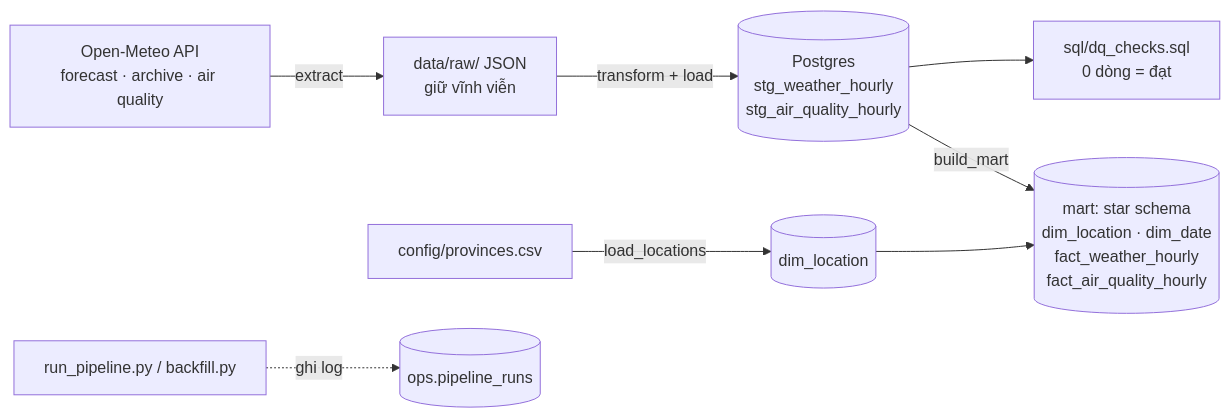
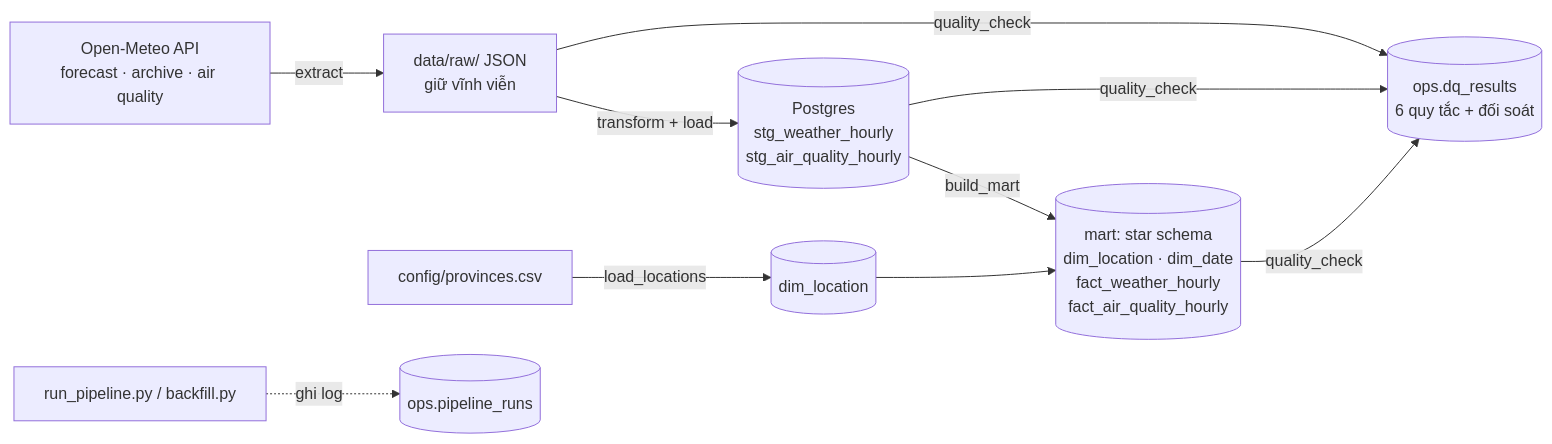
One commit to DucThuanTran/vietsky changed the diagram in README.md. Above: the diagram before and after it, drawn with Mermaid. The commit also changed other lines of this file and 5 other files, not shown here.

Commit message:
Day 10: automated quality_check stage with DQ rules and daily reconciliation

````diff
--- a/README.md
+++ b/README.md
@@ -7,10 +7,10 @@
 ```mermaid
 flowchart LR
     A[Open-Meteo API<br/>forecast · archive · air quality] -->|extract| B[data/raw/ JSON<br/>giữ vĩnh viễn]
     B -->|transform + load| C[(Postgres<br/>stg_weather_hourly<br/>stg_air_quality_hourly)]
     D[config/provinces.csv] -->|load_locations| E[(dim_location)]
-    C --> F[sql/dq_checks.sql<br/>0 dòng = đạt]
     C -->|build_mart| M[(mart: star schema<br/>dim_location · dim_date<br/>fact_weather_hourly<br/>fact_air_quality_hourly)]
     E --> M
+    B & C & M -->|quality_check| Q[(ops.dq_results<br/>6 quy tắc + đối soát)]
     G[run_pipeline.py / backfill.py] -.ghi log.-> H[(ops.pipeline_runs)]
 ```
````
